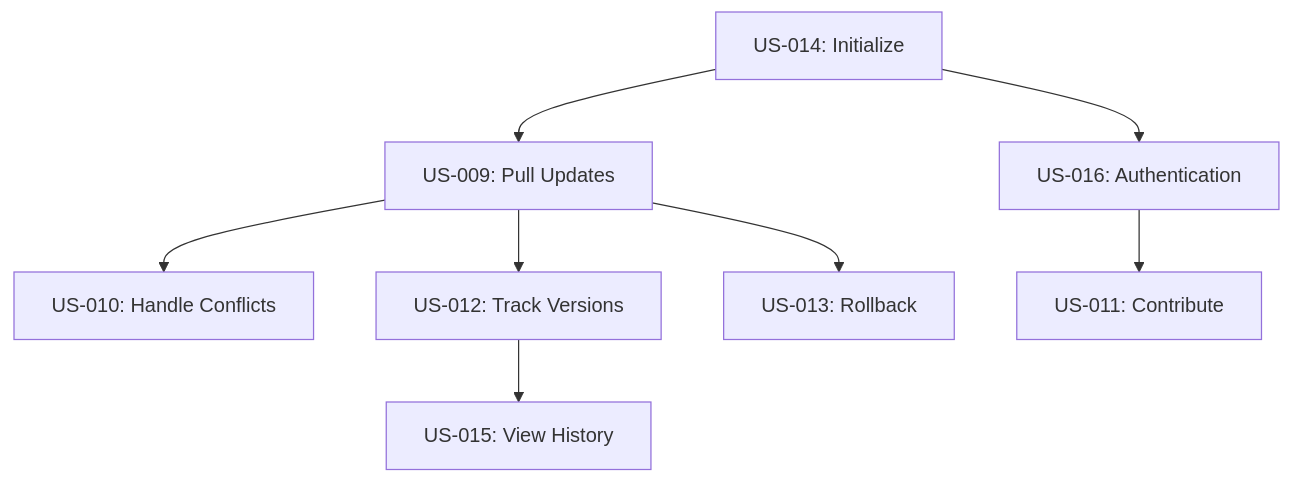
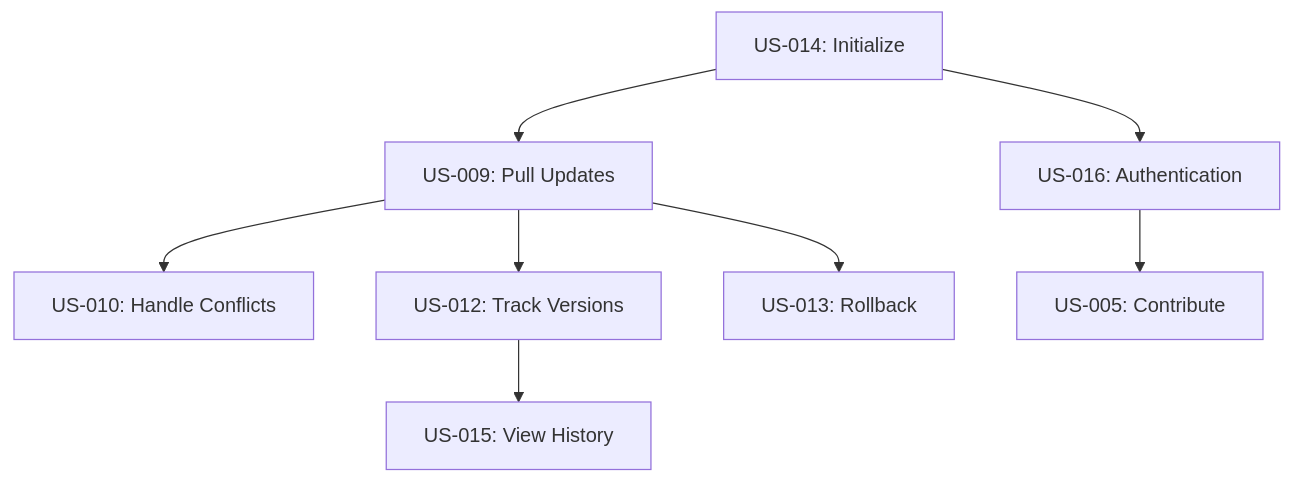
One commit to easel/ddx changed the diagram in docs/helix/01-frame/user-stories/FEAT-002-story-collection.md. Above: the diagram before and after it, drawn with Mermaid. The commit also changed other lines of this file and 21 other files, not shown here.

````diff
--- a/docs/helix/01-frame/user-stories/FEAT-002-story-collection.md
+++ b/docs/helix/01-frame/user-stories/FEAT-002-story-collection.md
@@ -59,10 +59,10 @@
 ```mermaid
 graph TD
     US014[US-014: Initialize] --> US009[US-009: Pull Updates]
     US009 --> US010[US-010: Handle Conflicts]
     US009 --> US012[US-012: Track Versions]
     US012 --> US015[US-015: View History]
     US009 --> US013[US-013: Rollback]
-    US016[US-016: Authentication] --> US011[US-011: Contribute]
+    US016[US-016: Authentication] --> US005[US-005: Contribute]
     US014 --> US016
 ```
````
